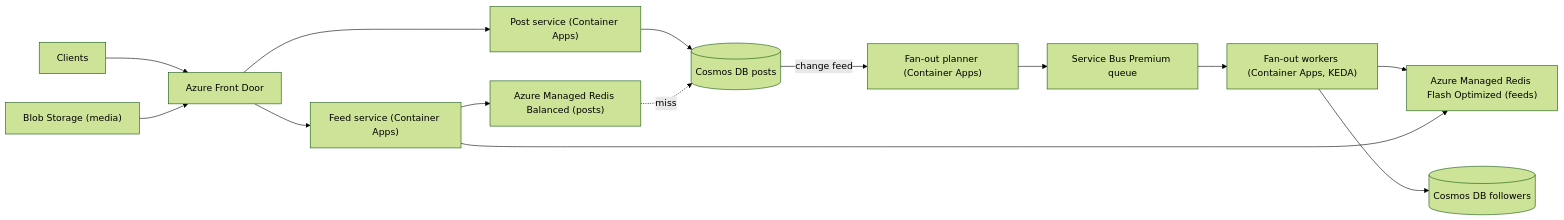
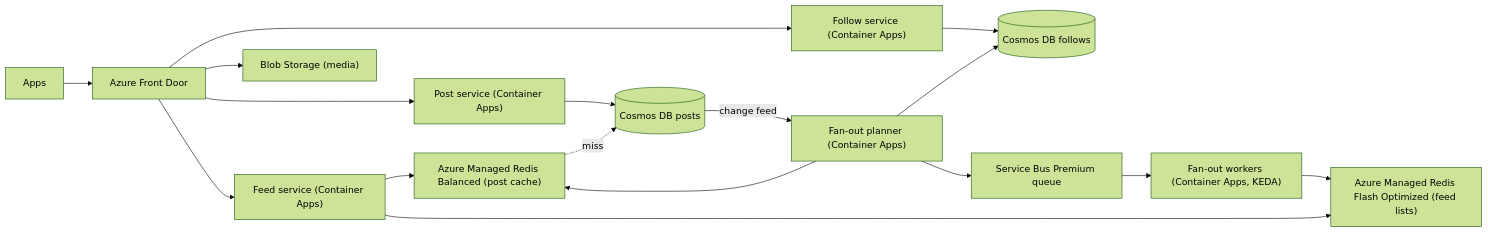
Before and after one commit to spabolu/system-design-modern: diagram 11 of 11 in docs/06-case-studies/news-feed.md, drawn with Mermaid (forest theme). The commit also changed other lines of this file, not shown here.

Commit message:
Rewrite news feed case study as a mock interview

````diff
--- a/docs/06-case-studies/news-feed.md
+++ b/docs/06-case-studies/news-feed.md
@@ -143,16 +354,19 @@
 ```mermaid
 flowchart LR
-  C[Clients] --> FD[Azure Front Door]
+  C[Apps] --> FD["Azure Front Door"]
   FD --> FS["Feed service (Container Apps)"]
   FD --> PS["Post service (Container Apps)"]
+  FD --> FL["Follow service (Container Apps)"]
+  FD --> M["Blob Storage (media)"]
   PS --> CP[("Cosmos DB posts")]
-  CP -->|change feed| PL["Fan-out planner (Container Apps)"]
+  FL --> CG[("Cosmos DB follows")]
+  CP -->|"change feed"| PL["Fan-out planner (Container Apps)"]
+  PL --> CG
   PL --> SB["Service Bus Premium queue"]
   SB --> FW["Fan-out workers (Container Apps, KEDA)"]
-  FW --> CG[("Cosmos DB followers")]
-  FW --> RF["Azure Managed Redis Flash Optimized (feeds)"]
+  FW --> RF["Azure Managed Redis Flash Optimized (feed lists)"]
   FS --> RF
-  FS --> RP["Azure Managed Redis Balanced (posts)"]
+  FS --> RP["Azure Managed Redis Balanced (post cache)"]
+  PL --> RP
   RP -.->|miss| CP
-  M["Blob Storage (media)"] --> FD
 ```
````
